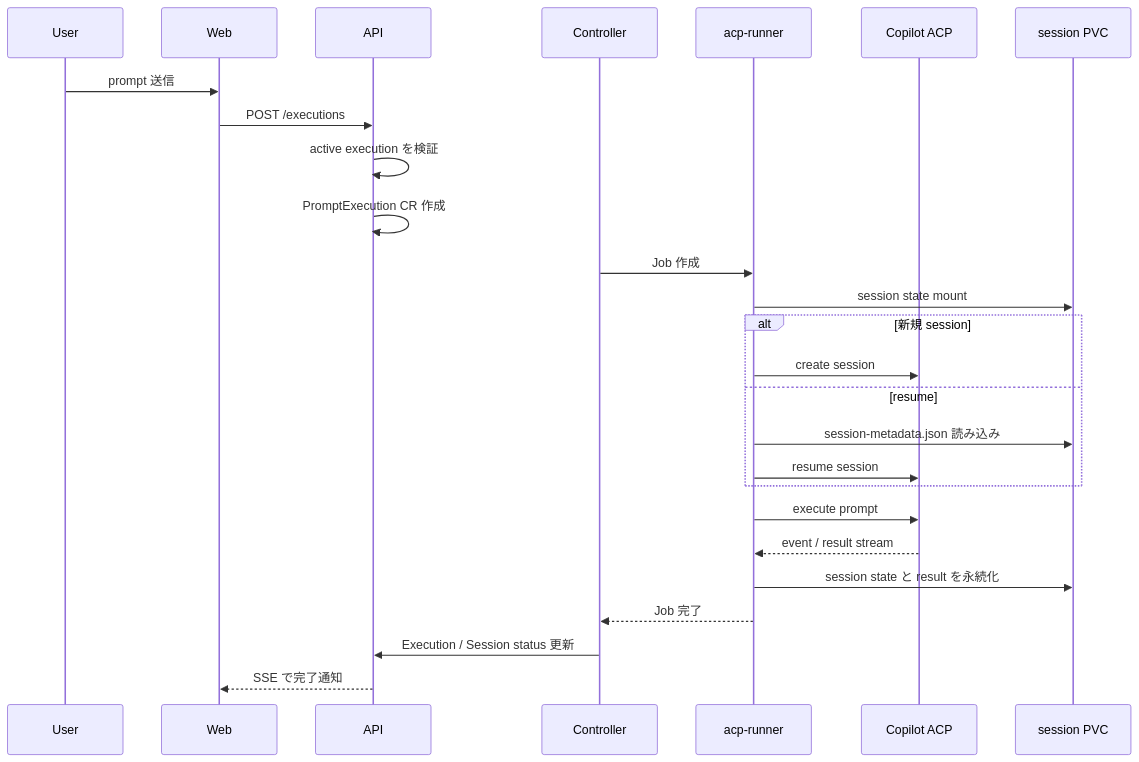
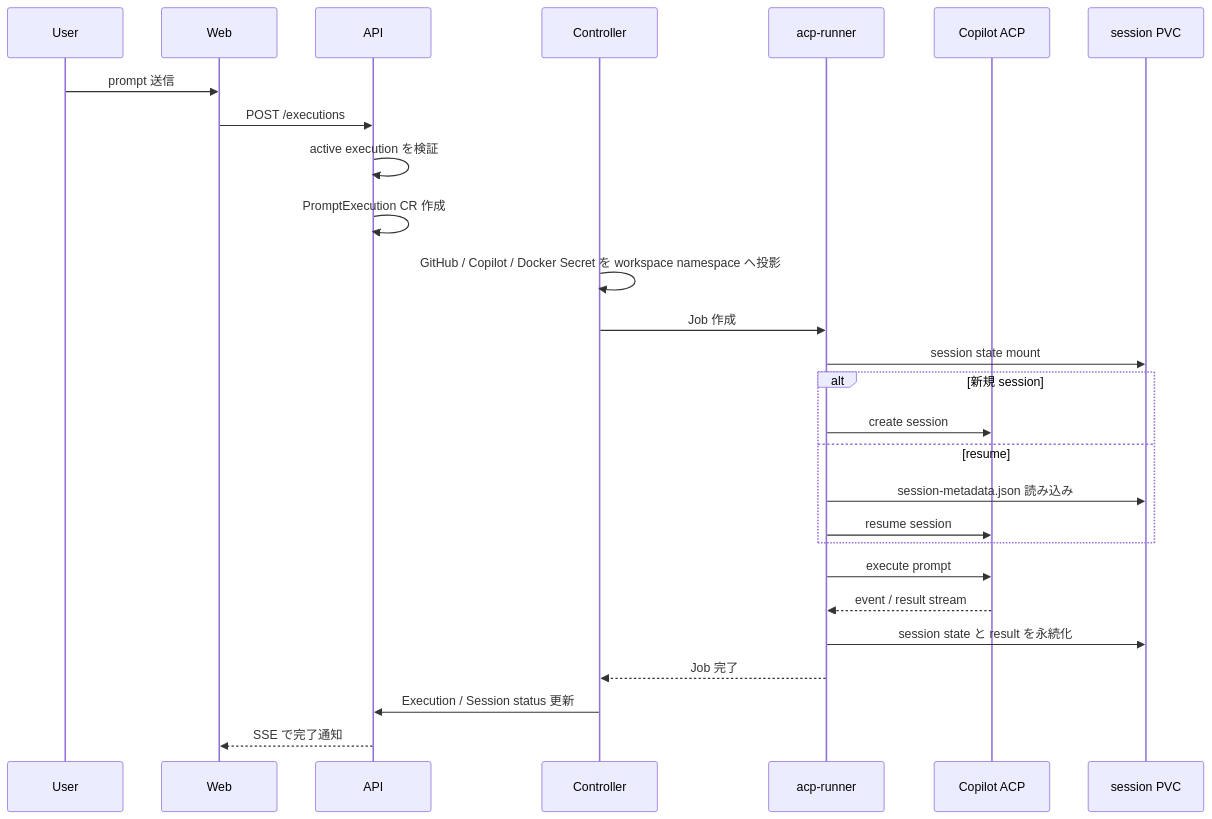
Before and after one commit to chalharu/copilot-sandbox-container: the sixth of 8 diagrams in docs/reference/orchestrator-basic-design.md, drawn with Mermaid. The commit also changed other lines of this file and 2 other files, not shown here.

````diff
--- a/docs/reference/orchestrator-basic-design.md
+++ b/docs/reference/orchestrator-basic-design.md
@@ -386,29 +483,30 @@
 ```mermaid
 sequenceDiagram
   participant U as User
   participant W as Web
   participant A as API
   participant C as Controller
   participant R as acp-runner
   participant P as Copilot ACP
   participant S as session PVC
 
   U->>W: prompt 送信
   W->>A: POST /executions
   A->>A: active execution を検証
   A->>A: PromptExecution CR 作成
+  C->>C: GitHub / Copilot / Docker Secret を workspace namespace へ投影
   C->>R: Job 作成
   R->>S: session state mount
   alt 新規 session
     R->>P: create session
   else resume
     R->>S: session-metadata.json 読み込み
     R->>P: resume session
   end
   R->>P: execute prompt
   P-->>R: event / result stream
   R->>S: session state と result を永続化
   R-->>C: Job 完了
   C->>A: Execution / Session status 更新
   A-->>W: SSE で完了通知
 ```
````
